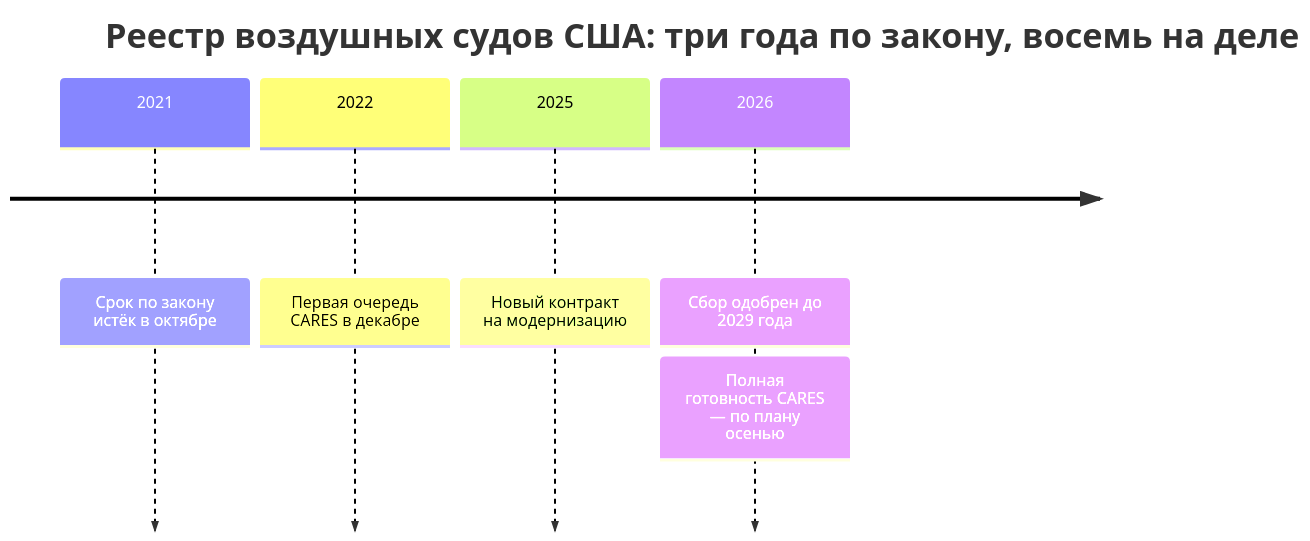
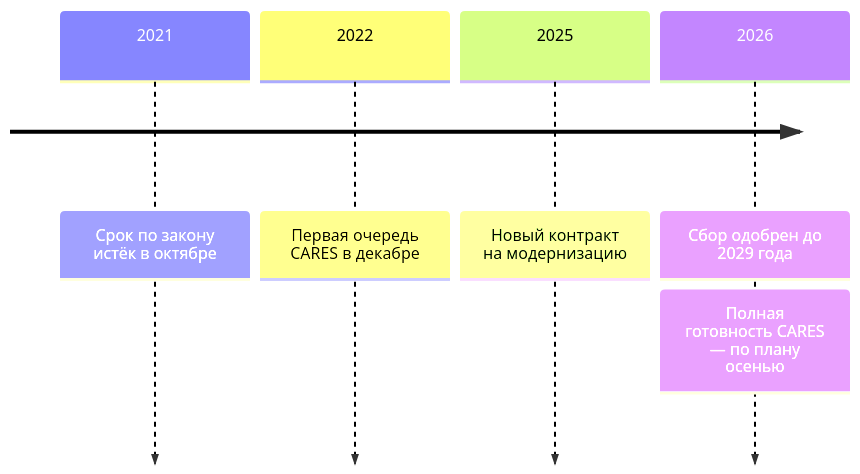
Before and after one commit to ivbeg/data-inventory: the third of 3 diagrams in docs/04-sources/02-government.md, drawn with Mermaid. The commit also changed other lines of this file and 34 other files, not shown here.

First line of the commit message:
Читаемая карта от продукта и единый размер схем в PDF

````diff
--- a/docs/04-sources/02-government.md
+++ b/docs/04-sources/02-government.md
@@ -220,8 +227,13 @@
 ```mermaid
+---
+config:
+  timeline:
+    leftMargin: 0
+    padding: 10
+---
 timeline
-  title Реестр воздушных судов США: три года по закону, восемь на деле
   2021 : Срок по закону истёк в октябре
   2022 : Первая очередь CARES в декабре
   2025 : Новый контракт на модернизацию
   2026 : Сбор одобрен до 2029 года : Полная готовность CARES — по плану осенью
 ```
````
